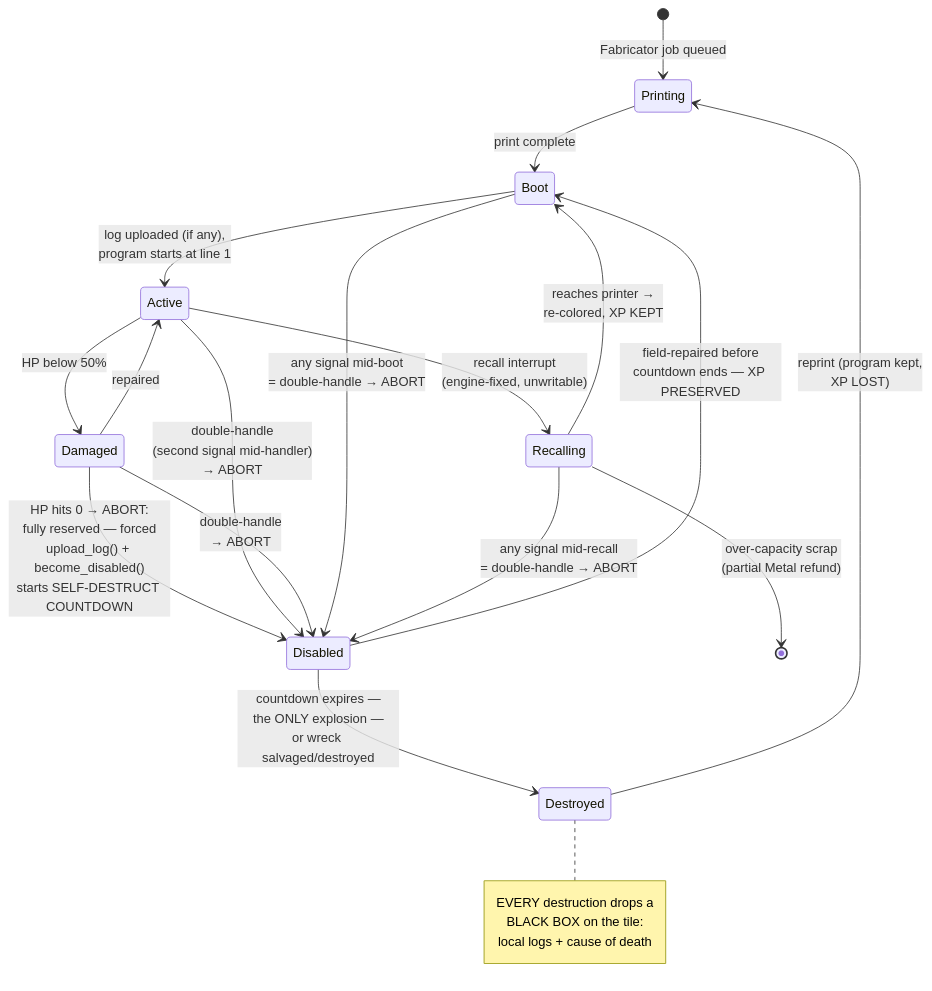
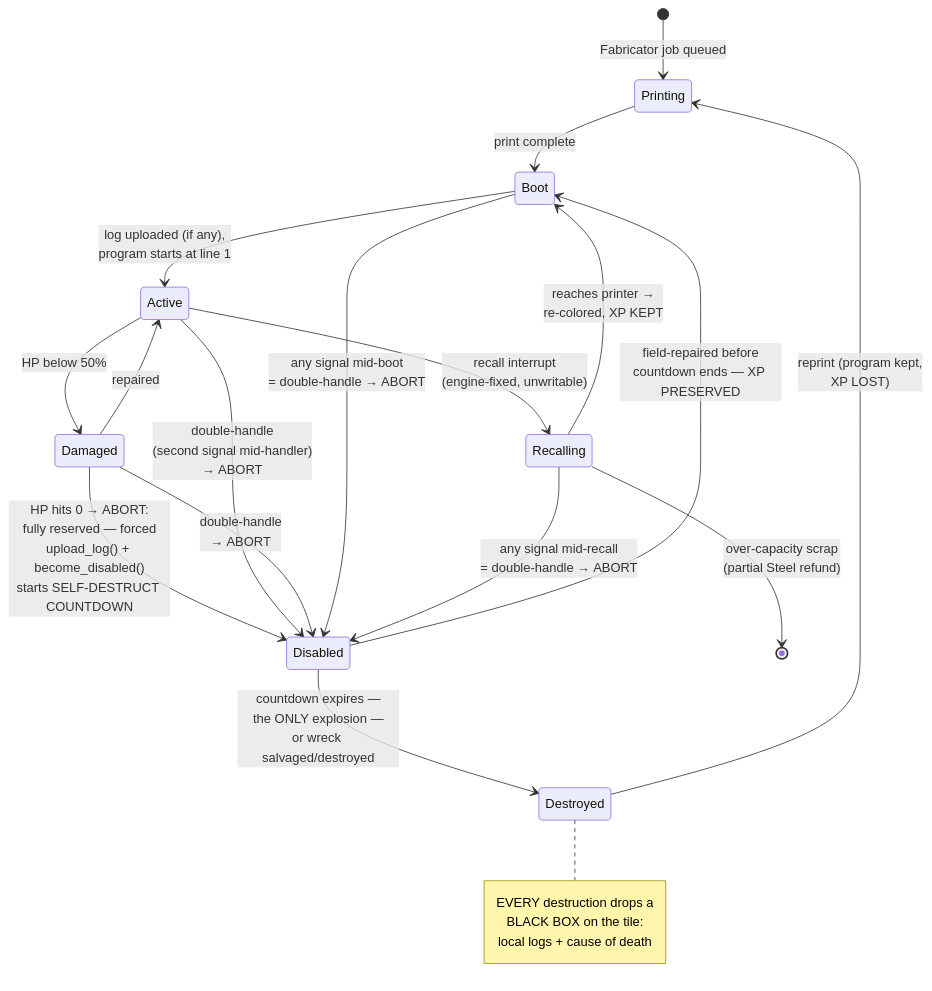
The diagram in docs/02-agents.md (mmmtastymmm/programming-game-planned), drawn with Mermaid before and after one commit. The commit also changed other lines of this file and 11 other files, not shown here.

````diff
--- a/docs/02-agents.md
+++ b/docs/02-agents.md
@@ -106,24 +91,24 @@
 ```mermaid
 stateDiagram-v2
     [*] --> Printing: Fabricator job queued
     Printing --> Boot: print complete
     Boot --> Active: log uploaded (if any),<br/>program starts at line 1
     Active --> Damaged: HP below 50%
     Damaged --> Active: repaired
     Damaged --> Disabled: HP hits 0 → ABORT#colon;<br/>fully reserved — forced<br/>upload_log() + become_disabled()<br/>starts SELF-DESTRUCT COUNTDOWN
     Disabled --> Boot: field-repaired before<br/>countdown ends — XP PRESERVED
     Disabled --> Destroyed: countdown expires —<br/>the ONLY explosion —<br/>or wreck salvaged/destroyed
     Active --> Disabled: double-handle<br/>(second signal mid-handler)<br/>→ ABORT
     Damaged --> Disabled: double-handle<br/>→ ABORT
     Boot --> Disabled: any signal mid-boot<br/>= double-handle → ABORT
     Active --> Recalling: recall interrupt<br/>(engine-fixed, unwritable)
     Recalling --> Boot: reaches printer →<br/>re-colored, XP KEPT
-    Recalling --> [*]: over-capacity scrap<br/>(partial Metal refund)
+    Recalling --> [*]: over-capacity scrap<br/>(partial Steel refund)
     Recalling --> Disabled: any signal mid-recall<br/>= double-handle → ABORT
     Destroyed --> Printing: reprint (program kept,<br/>XP LOST)
     note right of Destroyed
         EVERY destruction drops a
         BLACK BOX on the tile:
         local logs + cause of death
     end note
 ```
````
